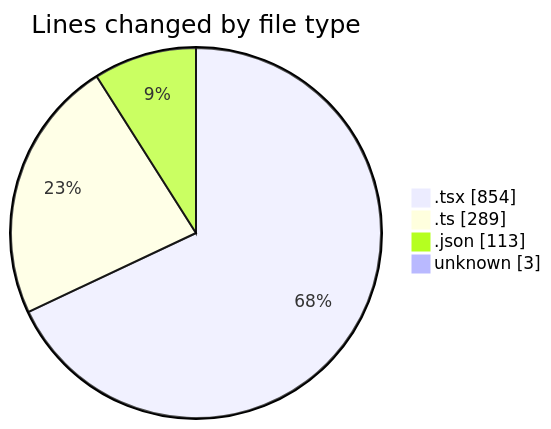
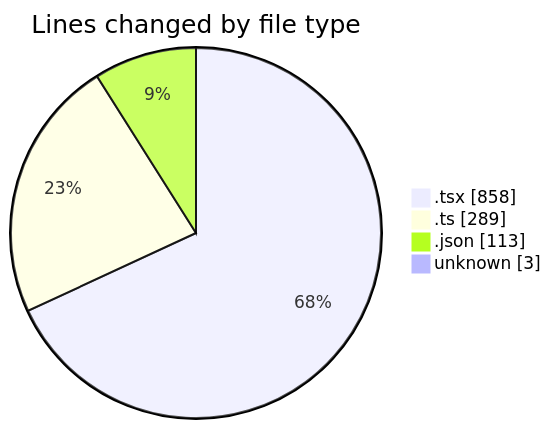
The first of 2 diagrams in 2025-02-23/pdf-analysis-app/README.md (momahboobian/code-tracking), drawn with Mermaid before and after one commit. The commit also changed other lines of this file and 1 other file, not shown here.

````diff
--- a/2025-02-23/pdf-analysis-app/README.md
+++ b/2025-02-23/pdf-analysis-app/README.md
@@ -33,8 +33,8 @@
 ```mermaid
 pie showData
 title Lines changed by file type
-".tsx" : 854
+".tsx" : 858
 ".ts" : 289
 ".json" : 113
 "unknown" : 3
 ```
````
